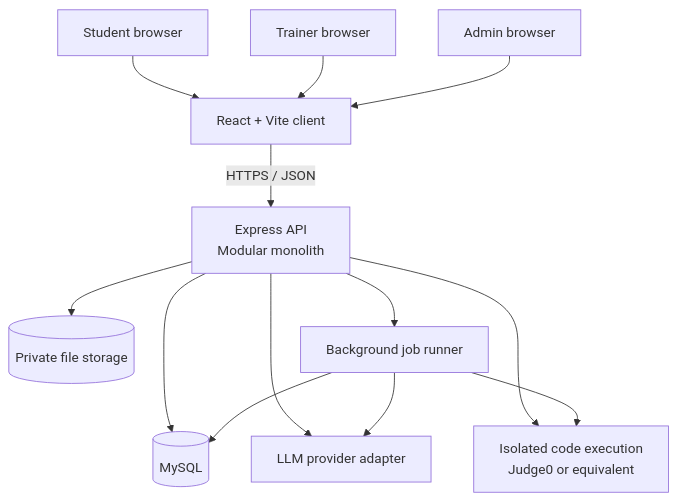
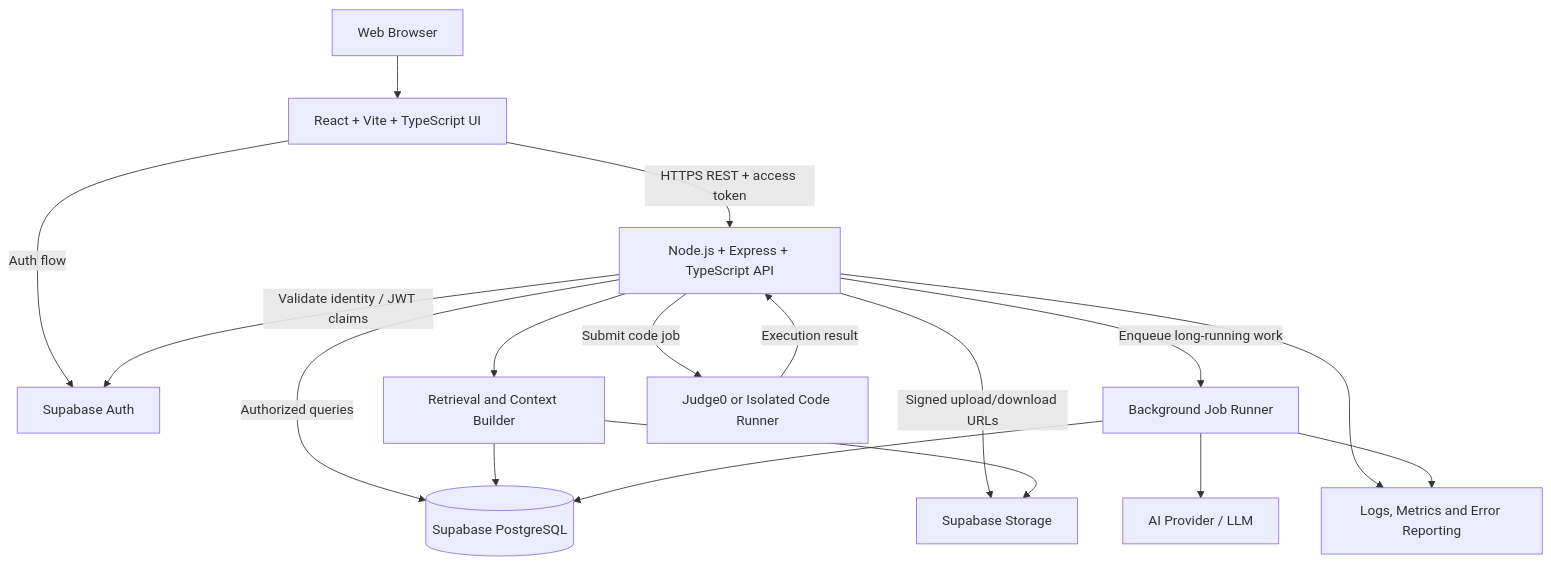
Before and after one commit to adi7406/kurukshetra: the first of 4 diagrams in docs/Architecture.md, drawn with Mermaid. The commit also changed other lines of this file and 5 other files, not shown here.

````diff
--- a/docs/Architecture.md
+++ b/docs/Architecture.md
@@ -42,27 +28,31 @@
 ```mermaid
 flowchart TB
-    Student[Student browser]
-    Trainer[Trainer browser]
-    Admin[Admin browser]
+    Browser[Web Browser]
+    UI[React + Vite + TypeScript UI]
+    API[Node.js + Express + TypeScript API]
+    Auth[Supabase Auth]
+    DB[(Supabase PostgreSQL)]
+    Storage[Supabase Storage]
+    AI[AI Provider / LLM]
+    Retrieve[Retrieval and Context Builder]
+    Queue[Background Job Runner]
+    Judge[Judge0 or Isolated Code Runner]
+    Monitor[Logs, Metrics and Error Reporting]
 
-    Web[React + Vite client]
-    API[Express API<br/>Modular monolith]
-    DB[(MySQL)]
-    Files[(Private file storage)]
-    LLM[LLM provider adapter]
-    Exec[Isolated code execution<br/>Judge0 or equivalent]
-    Worker[Background job runner]
-
-    Student --> Web
-    Trainer --> Web
-    Admin --> Web
-    Web -->|HTTPS / JSON| API
-    API --> DB
-    API --> Files
-    API --> LLM
-    API --> Exec
-    API --> Worker
-    Worker --> DB
-    Worker --> LLM
-    Worker --> Exec
+    Browser --> UI
+    UI -->|HTTPS REST + access token| API
+    UI -->|Auth flow| Auth
+    API -->|Validate identity / JWT claims| Auth
+    API -->|Authorized queries| DB
+    API -->|Signed upload/download URLs| Storage
+    API --> Retrieve
+    Retrieve --> DB
+    Retrieve --> Storage
+    API -->|Enqueue long-running work| Queue
+    Queue --> AI
+    Queue --> DB
+    API -->|Submit code job| Judge
+    Judge -->|Execution result| API
+    API --> Monitor
+    Queue --> Monitor
 ```
````
